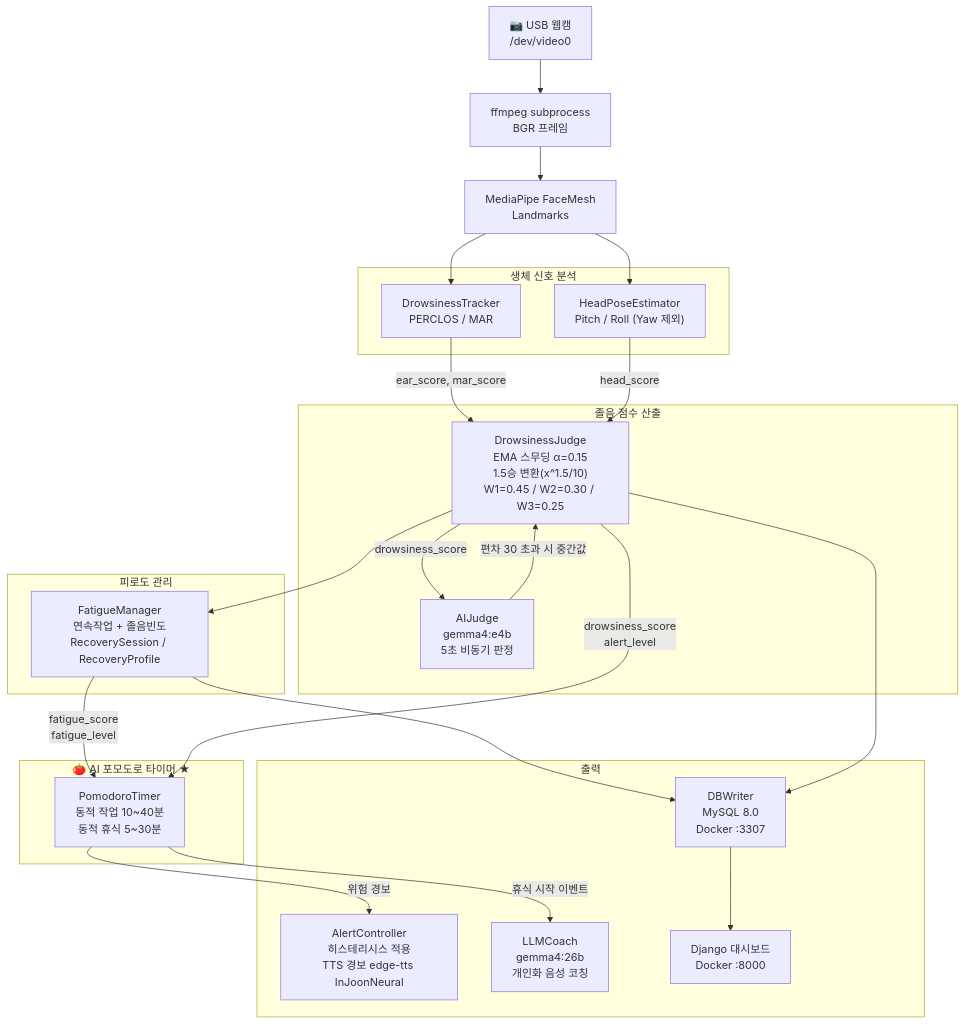
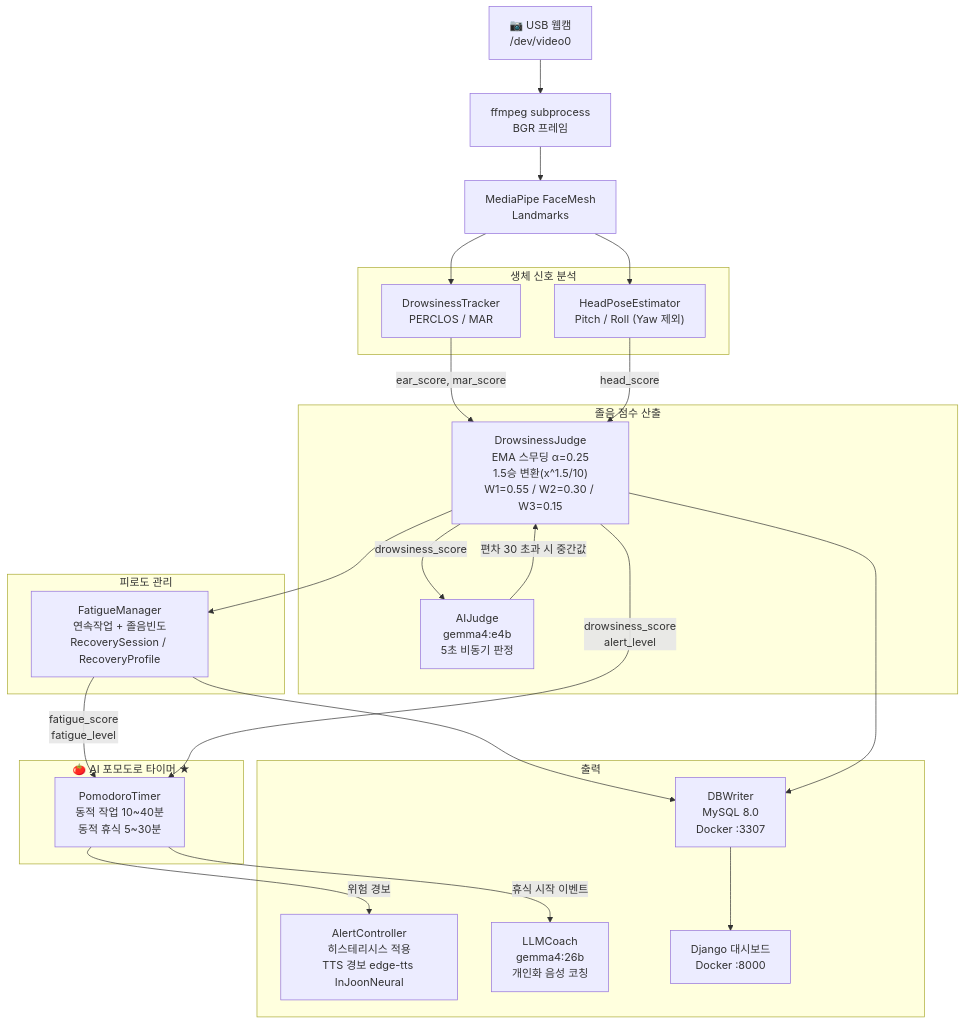
The diagram in project.md (pgh165/capstone), drawn with Mermaid before and after one commit. The commit also changed other lines of this file and 3 other files, not shown here.

````diff
--- a/project.md
+++ b/project.md
@@ -17,46 +17,46 @@
 ```mermaid
 flowchart TD
     CAM["📷 USB 웹캠\n/dev/video0"]
     FFMPEG["ffmpeg subprocess\nBGR 프레임"]
     MP["MediaPipe FaceMesh\nLandmarks"]
 
     subgraph BIOMETRIC["생체 신호 분석"]
         DT["DrowsinessTracker\nPERCLOS / MAR"]
         HP["HeadPoseEstimator\nPitch / Roll (Yaw 제외)"]
     end
 
     subgraph SCORING["졸음 점수 산출"]
-        DJ["DrowsinessJudge\nEMA 스무딩 α=0.15\n1.5승 변환(x^1.5/10)\nW1=0.45 / W2=0.30 / W3=0.25"]
+        DJ["DrowsinessJudge\nEMA 스무딩 α=0.25\n1.5승 변환(x^1.5/10)\nW1=0.55 / W2=0.30 / W3=0.15"]
         AJ["AIJudge\ngemma4:e4b\n5초 비동기 판정"]
     end
 
     subgraph FATIGUE["피로도 관리"]
         FM["FatigueManager\n연속작업 + 졸음빈도\nRecoverySession / RecoveryProfile"]
     end
 
     subgraph POMODORO["🍅 AI 포모도로 타이머 ★"]
         PT["PomodoroTimer\n동적 작업 10~40분\n동적 휴식 5~30분"]
     end
 
     subgraph OUTPUT["출력"]
         AC["AlertController\n히스테리시스 적용\nTTS 경보 edge-tts InJoonNeural"]
         LC["LLMCoach\ngemma4:26b\n개인화 음성 코칭"]
         DB["DBWriter\nMySQL 8.0\nDocker :3307"]
         WEB["Django 대시보드\nDocker :8000"]
     end
 
     CAM --> FFMPEG --> MP
     MP --> DT & HP
     DT -->|ear_score, mar_score| DJ
     HP -->|head_score| DJ
     DJ -->|drowsiness_score| AJ
     AJ -->|편차 30 초과 시 중간값| DJ
     DJ --> FM
     FM -->|fatigue_score\nfatigue_level| PT
     DJ -->|drowsiness_score\nalert_level| PT
     PT -->|휴식 시작 이벤트| LC
     PT -->|위험 경보| AC
     FM --> DB
     DJ --> DB
     DB --> WEB
 ```
````
